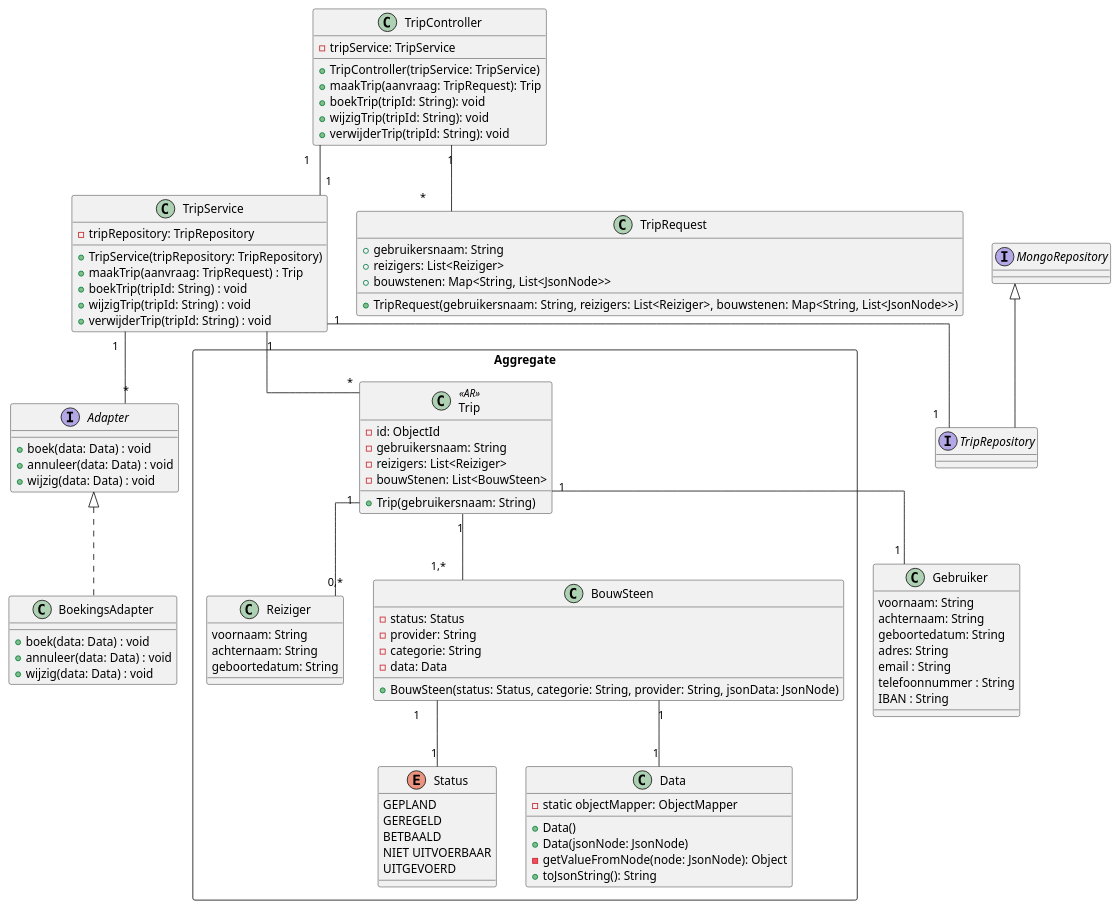
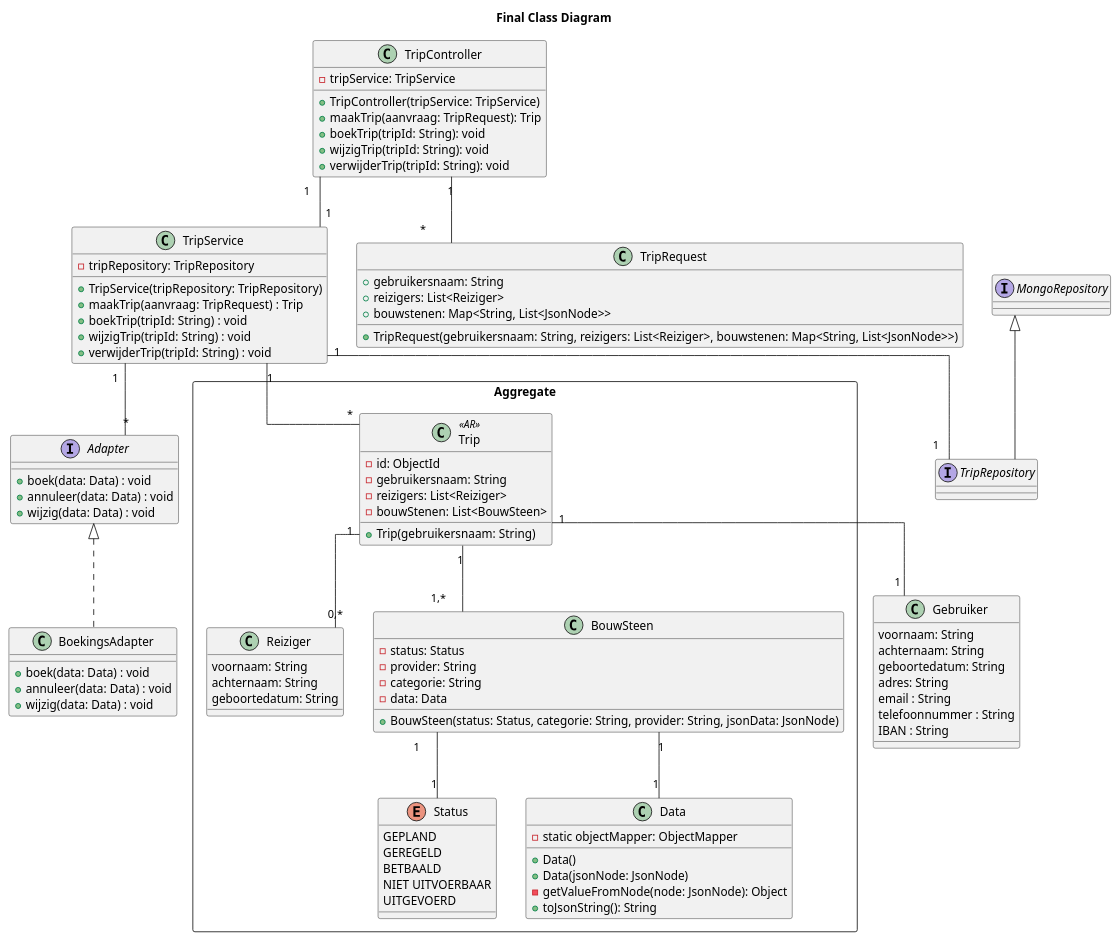
Before and after one commit to AIM-ENE-feb25/triptop-livingin-s-pain-nouri-siebe-boris: the diagram in opdracht-diagrammen/Groeps-diagram/ClassdiagramPostProto.puml, drawn with PlantUML. The commit also changed 2 other files, not shown here.

```diff
--- a/opdracht-diagrammen/Groeps-diagram/ClassdiagramPostProto.puml
+++ b/opdracht-diagrammen/Groeps-diagram/ClassdiagramPostProto.puml
@@ -1,110 +1,111 @@
 @startuml
 'https://plantuml.com/class-diagram
+title Final Class Diagram
 skinparam linetype ortho
 
 class TripController {
     -tripService: TripService
     +TripController(tripService: TripService)
     +maakTrip(aanvraag: TripRequest): Trip
     +boekTrip(tripId: String): void
     +wijzigTrip(tripId: String): void
     +verwijderTrip(tripId: String): void
 }
 
 class TripService {
     -tripRepository: TripRepository
     +TripService(tripRepository: TripRepository)
     +maakTrip(aanvraag: TripRequest) : Trip
     +boekTrip(tripId: String) : void
     +wijzigTrip(tripId: String) : void
     +verwijderTrip(tripId: String) : void
 }
 
 interface TripRepository extends MongoRepository<Trip, String> {
 }
 
 class Gebruiker {
     voornaam: String
     achternaam: String
     geboortedatum: String
     adres: String
     email : String
     telefoonnummer : String
     IBAN : String
 }
 
 rectangle "Aggregate" {
 
 class Trip <<AR>> {
     -id: ObjectId
     -gebruikersnaam: String
     -reizigers: List<Reiziger>
     -bouwStenen: List<BouwSteen>
     +Trip(gebruikersnaam: String)
 }
 
 class Reiziger {
     voornaam: String
     achternaam: String
     geboortedatum: String
 }
 
 class BouwSteen {
     -status: Status
     -provider: String
     -categorie: String
     -data: Data
     +BouwSteen(status: Status, categorie: String, provider: String, jsonData: JsonNode)
 }
 
 enum Status {
    GEPLAND
    GEREGELD
    BETBAALD
    NIET UITVOERBAAR
    UITGEVOERD
 }
 
 class Data  {
     -static objectMapper: ObjectMapper
     +Data()
     +Data(jsonNode: JsonNode)
     -getValueFromNode(node: JsonNode): Object
     +toJsonString(): String
 }
 
 }
 
 interface Adapter {
     +boek(data: Data) : void
     +annuleer(data: Data) : void
     +wijzig(data: Data) : void
 }
 
 class BoekingsAdapter implements Adapter {
     +boek(data: Data) : void
     +annuleer(data: Data) : void
     +wijzig(data: Data) : void
 }
 
 class TripRequest {
     +gebruikersnaam: String
     +reizigers: List<Reiziger>
     +bouwstenen: Map<String, List<JsonNode>>
     +TripRequest(gebruikersnaam: String, reizigers: List<Reiziger>, bouwstenen: Map<String, List<JsonNode>>)
 }
 
 TripController "1" -- "1" TripService
 TripService "1" -- "1" TripRepository
 TripController "1" -- "*" TripRequest
 
 TripService "1" -- "*" Trip
 TripService "1" -- "*" Adapter
 
 BouwSteen "1" -- "1" Data
 BouwSteen "1" -- "1" Status
 Trip "1" -- "1,*" BouwSteen
 Trip "1" -- "0,*" Reiziger
 Trip "1" -- "1" Gebruiker
 
 @enduml
```
